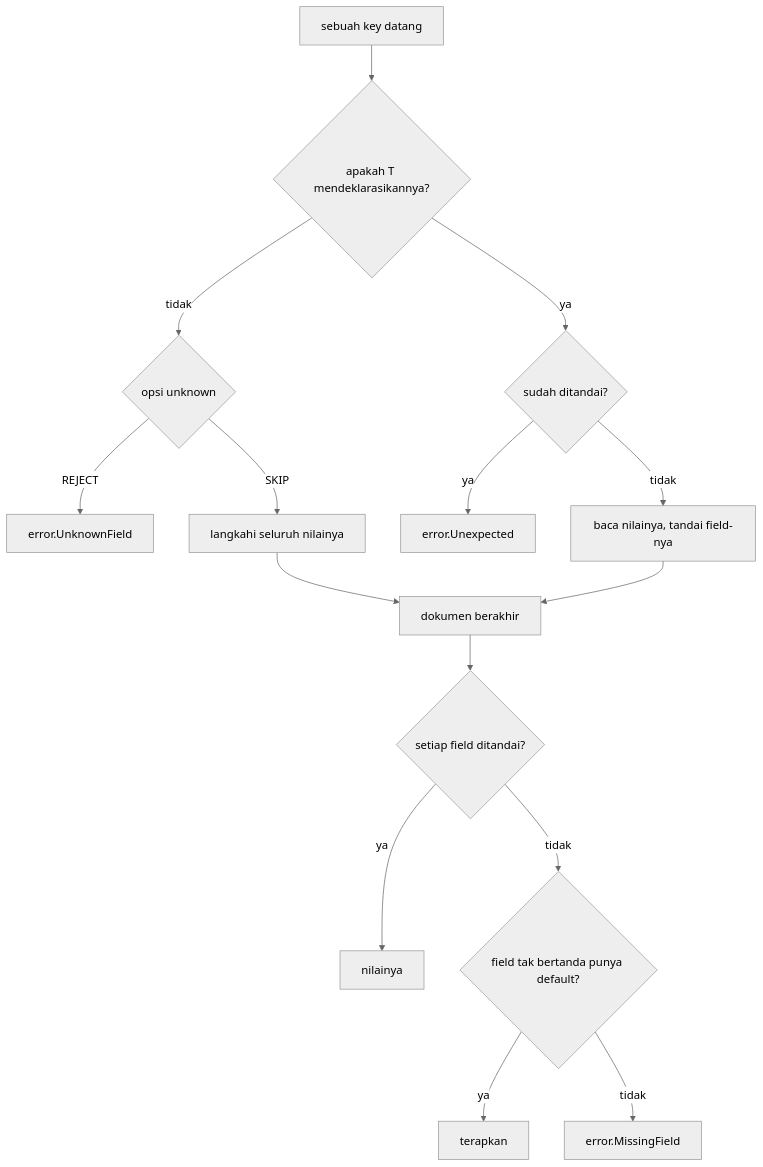
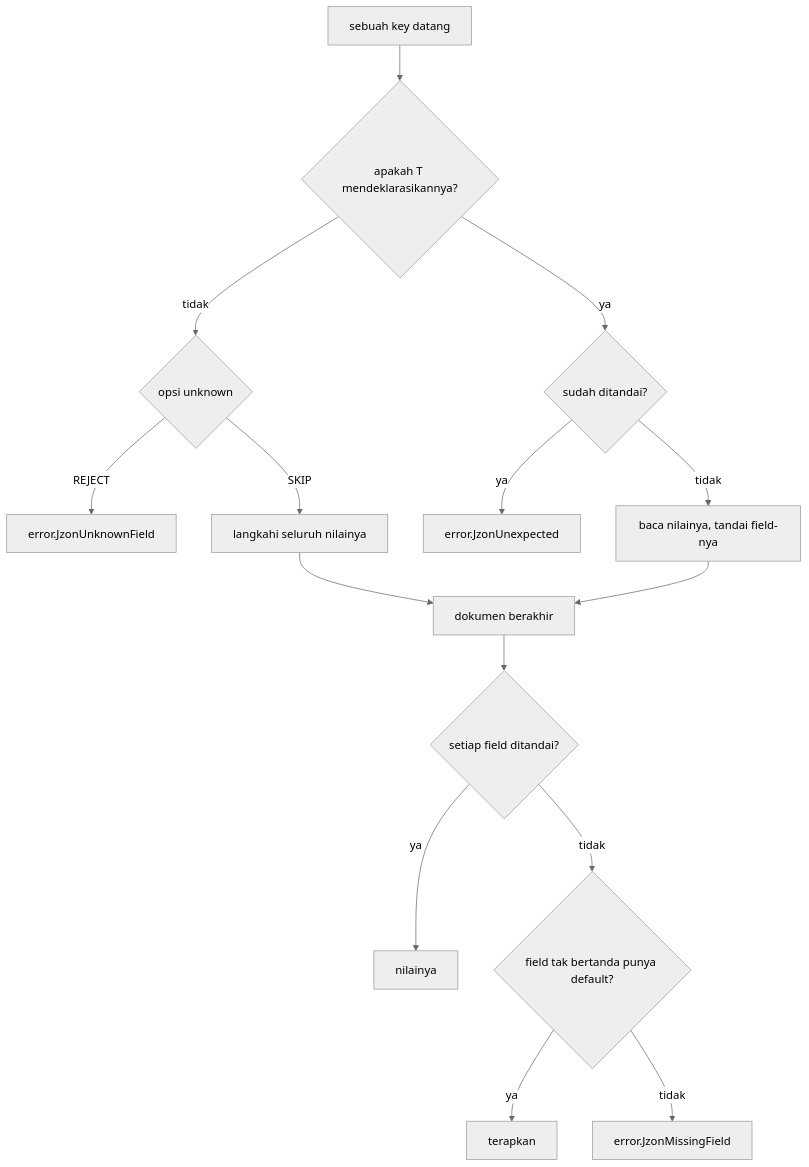
One commit to prothegee/zix changed the diagram in docs/jzon/lld-id.md. Above: the diagram before and after it, drawn with Mermaid (neutral theme). The commit also changed other lines of this file and 410 other files, not shown here.

````diff
--- a/docs/jzon/lld-id.md
+++ b/docs/jzon/lld-id.md
@@ -133,17 +133,17 @@
 ```mermaid
 flowchart TB
     key[sebuah key datang] --> known{apakah T mendeklarasikannya?}
     known -- tidak --> unknown{opsi unknown}
-    unknown -- REJECT --> uf[error.UnknownField]
+    unknown -- REJECT --> uf[error.JzonUnknownField]
     unknown -- SKIP --> step[langkahi seluruh nilainya]
     known -- ya --> seen{sudah ditandai?}
-    seen -- ya --> dup[error.Unexpected]
+    seen -- ya --> dup[error.JzonUnexpected]
     seen -- tidak --> read[baca nilainya, tandai field-nya]
     read --> done[dokumen berakhir]
     step --> done
     done --> fill{setiap field ditandai?}
     fill -- ya --> ok[nilainya]
     fill -- tidak --> def{field tak bertanda punya default?}
     def -- ya --> apply[terapkan]
-    def -- tidak --> mf[error.MissingField]
+    def -- tidak --> mf[error.JzonMissingField]
 ```
````
